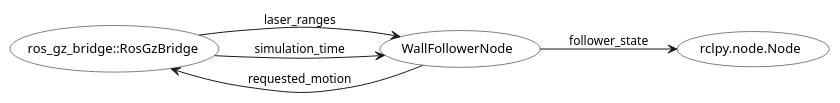
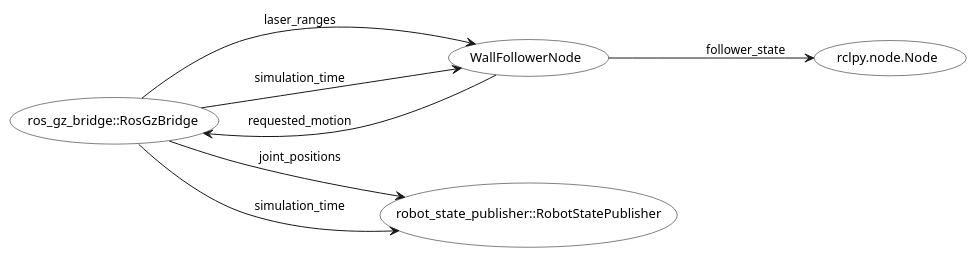
One commit to michaeld3n/s02-g24-wallfollower changed the diagram in docs/node_design.puml. Above: the diagram before and after it, drawn with PlantUML. The commit also changed 11 other files, not shown here.

```diff
--- a/docs/node_design.puml
+++ b/docs/node_design.puml
@@ -1,20 +1,23 @@
 @startuml
 ' Manual design, following Task 5. See README for topics, types and service details.
 skinparam shadowing false
 skinparam usecase {
   BackgroundColor White
   BorderColor Black
   FontSize 13
 }
 skinparam ArrowFontSize 12
 skinparam nodesep 40
 skinparam ranksep 55
 left to right direction
 usecase "ros_gz_bridge::RosGzBridge" as Bridge
 usecase "WallFollowerNode" as Follower
 usecase "rclpy.node.Node" as Observer
+usecase "robot_state_publisher::RobotStatePublisher" as RobotState
 Bridge --> Follower : laser_ranges
 Bridge --> Follower : simulation_time
 Follower --> Bridge : requested_motion
 Follower --> Observer : follower_state
+Bridge --> RobotState : joint_positions
+Bridge --> RobotState : simulation_time
 @enduml
```
